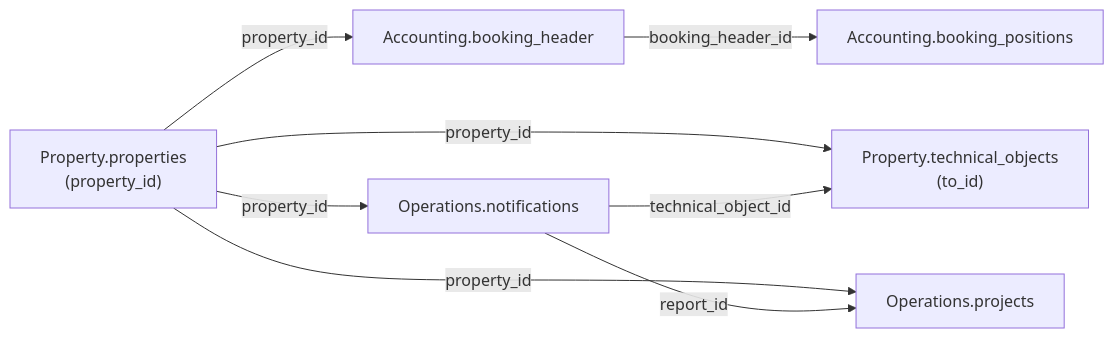
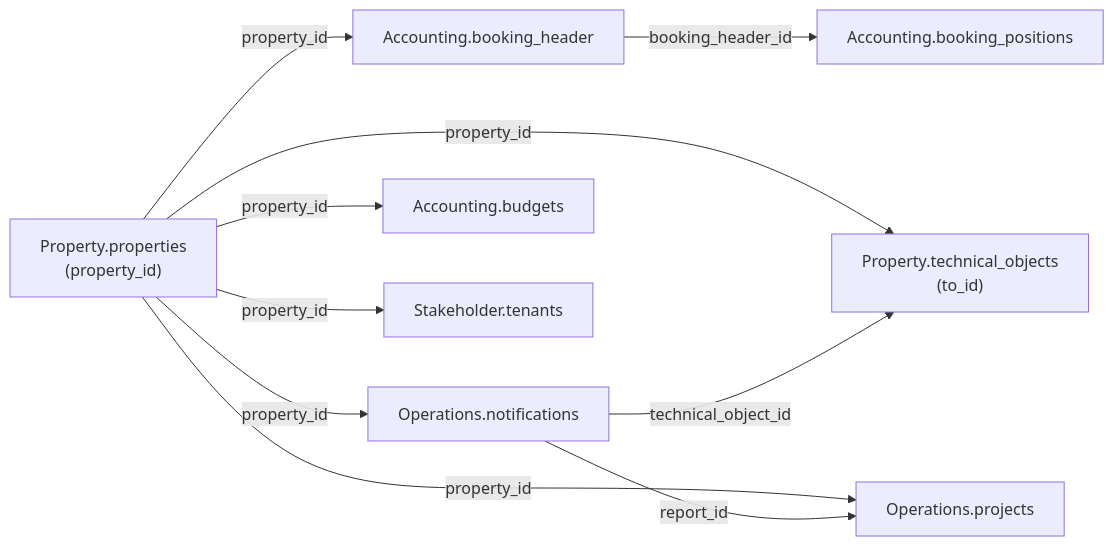
Before and after one commit to Trassets-ai/api-docs: the diagram in v1/data-model/overview.mdx, drawn with Mermaid. The commit also changed other lines of this file and 6 other files, not shown here.

First line of the commit message:
docs: budgets und tenants ins v1 Data Model überführen

````diff
--- a/v1/data-model/overview.mdx
+++ b/v1/data-model/overview.mdx
@@ -37,13 +41,15 @@
 ```mermaid
 graph LR
   properties["Property.properties<br/>(property_id)"]
 
   properties -->|property_id| booking_header["Accounting.booking_header"]
   properties -->|property_id| notifications["Operations.notifications"]
   properties -->|property_id| projects["Operations.projects"]
   properties -->|property_id| technical_objects["Property.technical_objects<br/>(to_id)"]
+  properties -->|property_id| budgets["Accounting.budgets"]
+  properties -->|property_id| tenants["Stakeholder.tenants"]
 
   booking_header -->|booking_header_id| booking_positions["Accounting.booking_positions"]
   notifications -->|technical_object_id| technical_objects
   notifications -->|report_id| projects
 ```
````
